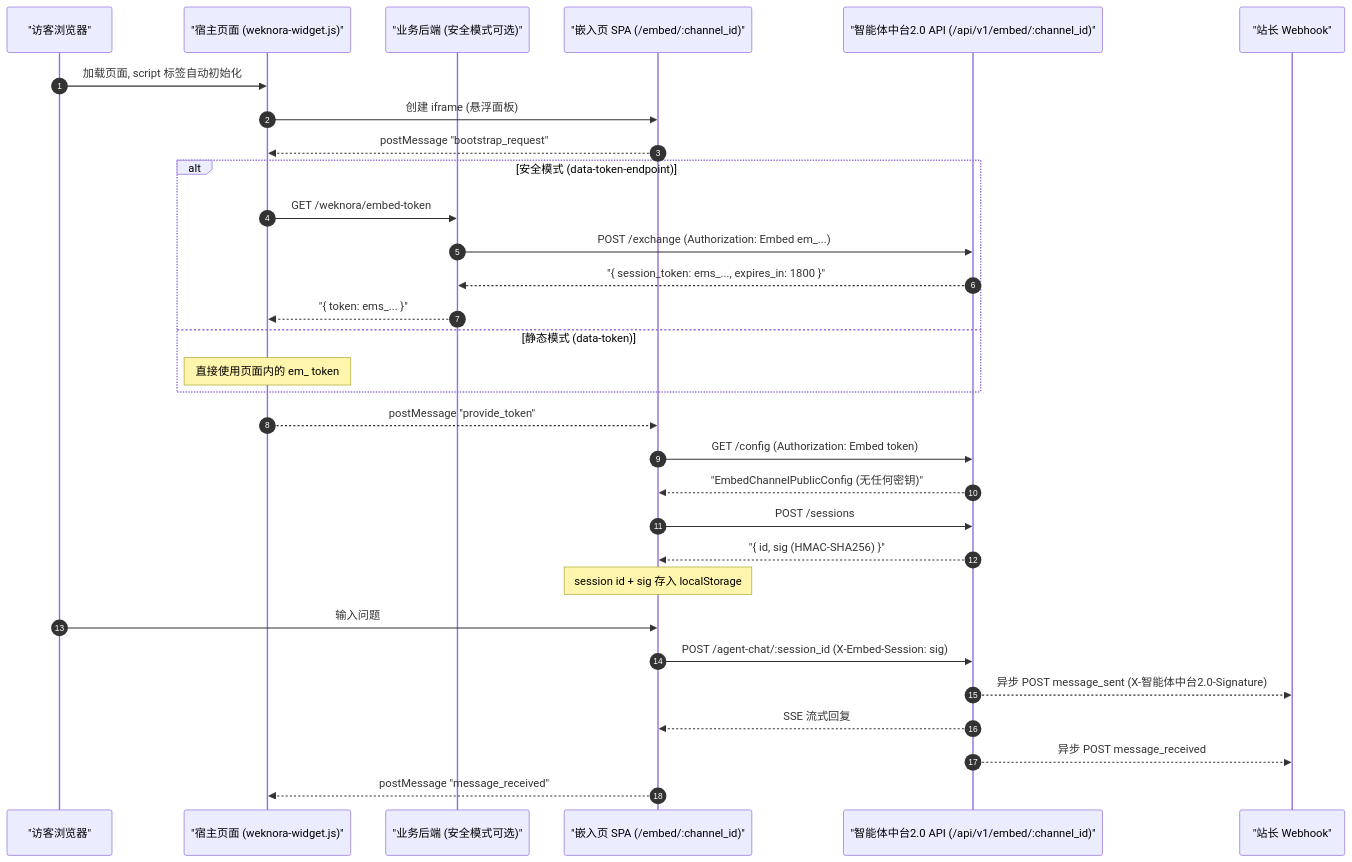
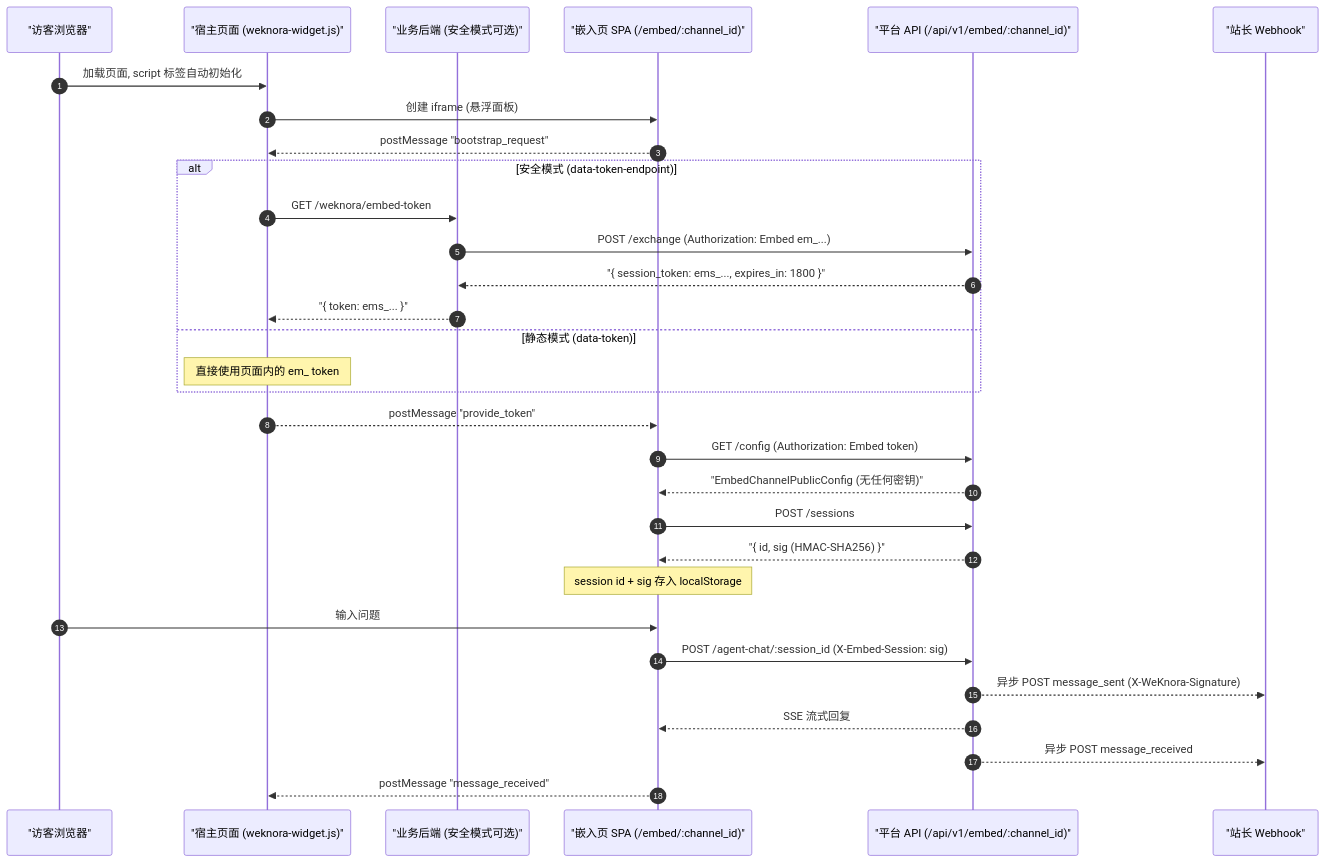
One commit to qinlei131479/WeKnora changed the diagram in apps/docs/03-features/13-embed-channel.md. Above: the diagram before and after it, drawn with Mermaid. The commit also changed other lines of this file and 58 other files, not shown here.

````diff
--- a/apps/docs/03-features/13-embed-channel.md
+++ b/apps/docs/03-features/13-embed-channel.md
@@ -250,34 +250,34 @@
 ```mermaid
 sequenceDiagram
     autonumber
     participant Visitor as "访客浏览器"
     participant Host as "宿主页面 (weknora-widget.js)"
     participant Backend as "业务后端 (安全模式可选)"
     participant Iframe as "嵌入页 SPA (/embed/:channel_id)"
-    participant API as "智能体中台2.0 API (/api/v1/embed/:channel_id)"
+    participant API as "平台 API (/api/v1/embed/:channel_id)"
     participant Webhook as "站长 Webhook"
 
     Visitor->>Host: 加载页面, script 标签自动初始化
     Host->>Iframe: 创建 iframe (悬浮面板)
     Iframe-->>Host: postMessage "bootstrap_request"
     alt 安全模式 (data-token-endpoint)
         Host->>Backend: GET /weknora/embed-token
         Backend->>API: POST /exchange (Authorization: Embed em_...)
         API-->>Backend: "{ session_token: ems_..., expires_in: 1800 }"
         Backend-->>Host: "{ token: ems_... }"
     else 静态模式 (data-token)
         Note over Host: 直接使用页面内的 em_ token
     end
     Host-->>Iframe: postMessage "provide_token"
     Iframe->>API: GET /config (Authorization: Embed token)
     API-->>Iframe: "EmbedChannelPublicConfig (无任何密钥)"
     Iframe->>API: POST /sessions
     API-->>Iframe: "{ id, sig (HMAC-SHA256) }"
     Note over Iframe: session id + sig 存入 localStorage
     Visitor->>Iframe: 输入问题
     Iframe->>API: POST /agent-chat/:session_id (X-Embed-Session: sig)
-    API-->>Webhook: 异步 POST message_sent (X-智能体中台2.0-Signature)
+    API-->>Webhook: 异步 POST message_sent (X-WeKnora-Signature)
     API-->>Iframe: SSE 流式回复
     API-->>Webhook: 异步 POST message_received
     Iframe-->>Host: postMessage "message_received"
 ```
````
